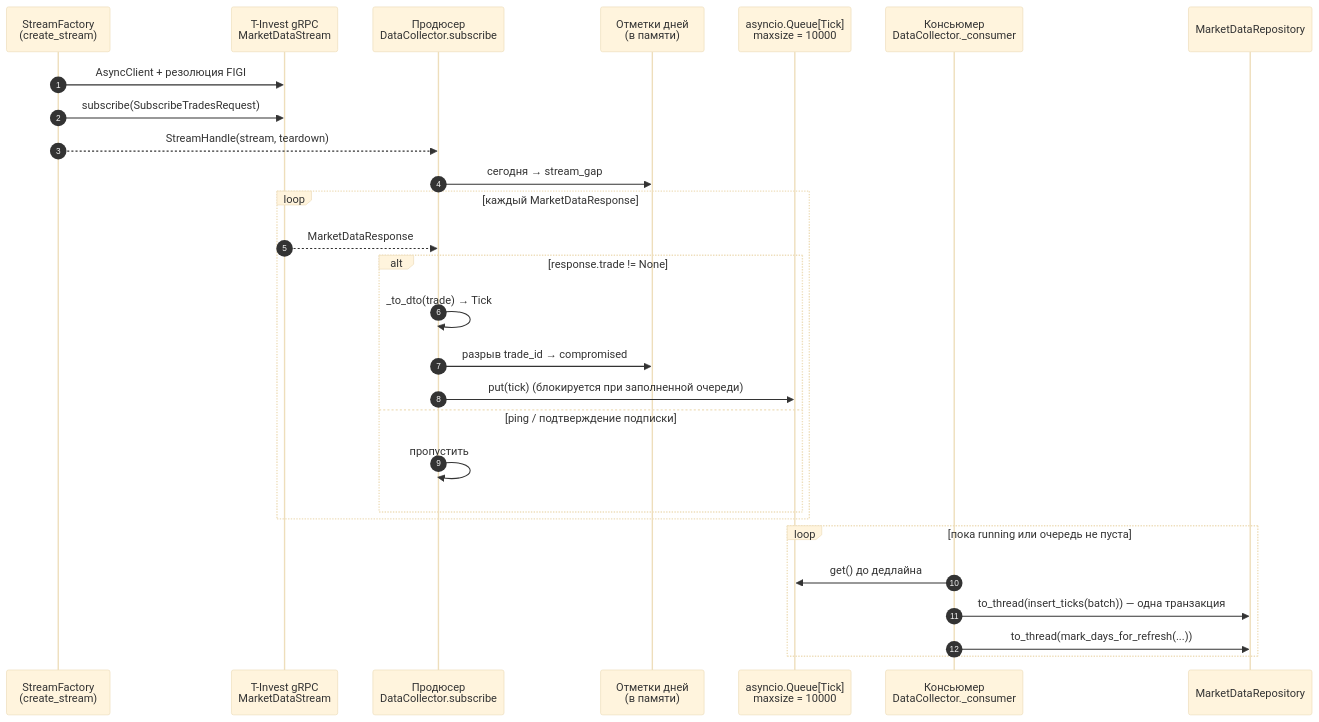
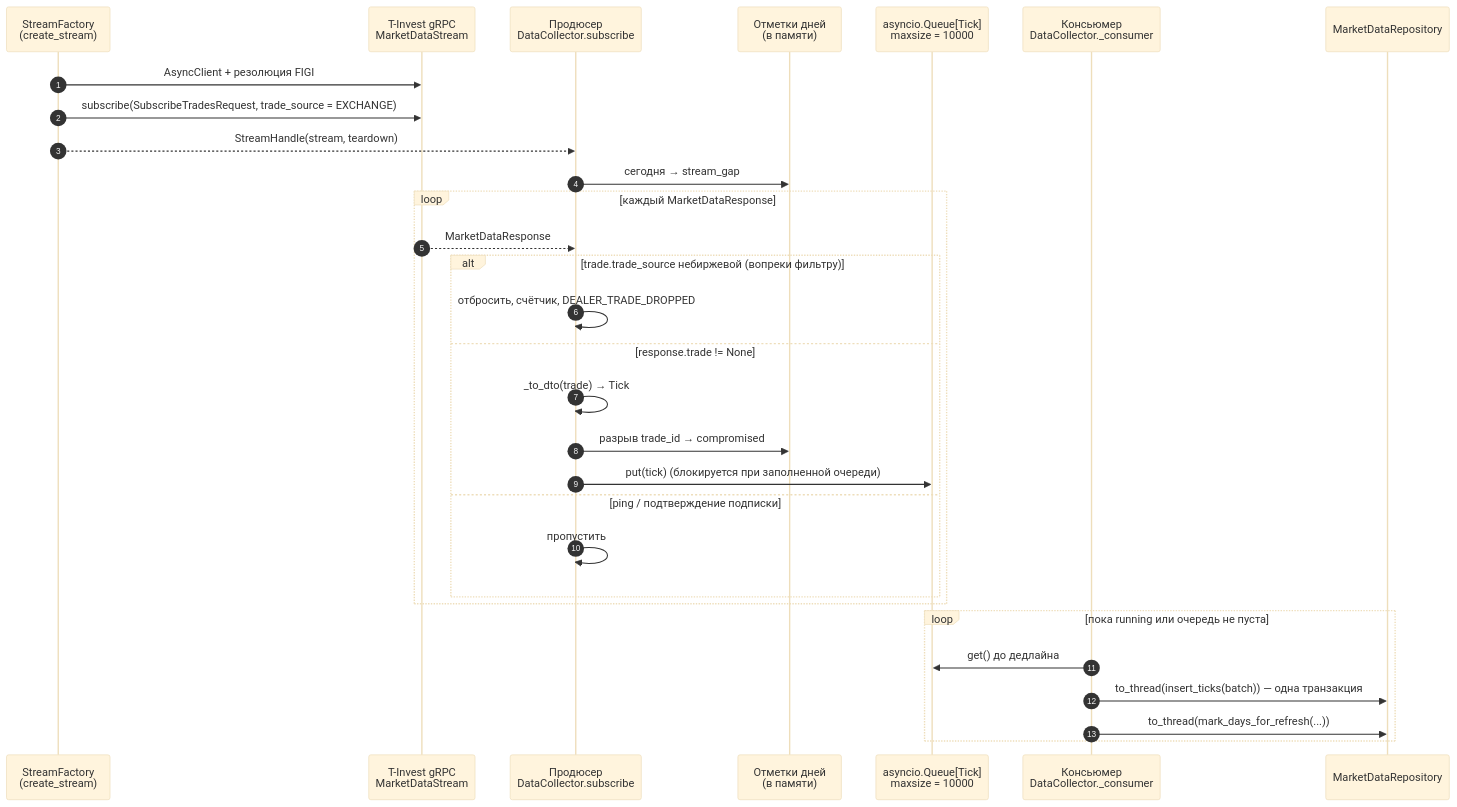
Before and after one commit to vladilenao/ClusterSource: the first of 3 diagrams in docs/05-realtime-collection.md, drawn with Mermaid (base theme). The commit also changed other lines of this file and 17 other files, not shown here.

````diff
--- a/docs/05-realtime-collection.md
+++ b/docs/05-realtime-collection.md
@@ -9,31 +9,33 @@
 ```mermaid
 sequenceDiagram
     autonumber
     participant F as StreamFactory<br/>(create_stream)
     participant T as T-Invest gRPC<br/>MarketDataStream
     participant P as Продюсер<br/>DataCollector.subscribe
     participant M as Отметки дней<br/>(в памяти)
     participant Q as asyncio.Queue[Tick]<br/>maxsize = 10000
     participant C as Консьюмер<br/>DataCollector._consumer
     participant R as MarketDataRepository
 
     F->>T: AsyncClient + резолюция FIGI
-    F->>T: subscribe(SubscribeTradesRequest)
+    F->>T: subscribe(SubscribeTradesRequest, trade_source = EXCHANGE)
     F-->>P: StreamHandle(stream, teardown)
     P->>M: сегодня → stream_gap
     loop каждый MarketDataResponse
         T-->>P: MarketDataResponse
-        alt response.trade != None
+        alt trade.trade_source небиржевой (вопреки фильтру)
+            P->>P: отбросить, счётчик, DEALER_TRADE_DROPPED
+        else response.trade != None
             P->>P: _to_dto(trade) → Tick
             P->>M: разрыв trade_id → compromised
             P->>Q: put(tick) (блокируется при заполненной очереди)
         else ping / подтверждение подписки
             P->>P: пропустить
         end
     end
     loop пока running или очередь не пуста
         C->>Q: get() до дедлайна
         C->>R: to_thread(insert_ticks(batch)) — одна транзакция
         C->>R: to_thread(mark_days_for_refresh(...))
     end
 ```
````
